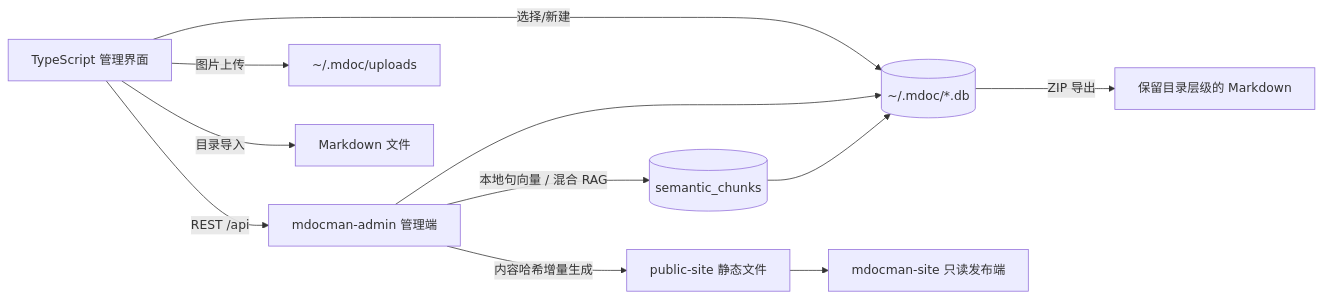
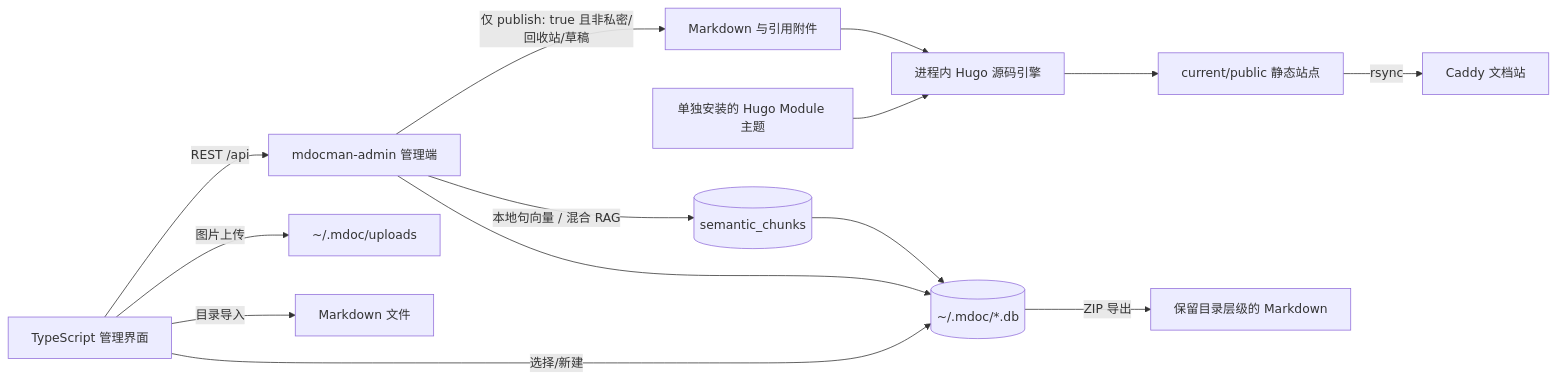
One commit to raoqu/mdoc changed the first of 2 diagrams in docs/architecture.md. Above: the diagram before and after it, drawn with Mermaid. The commit also changed other lines of this file and 672 other files, not shown here.

````diff
--- a/docs/architecture.md
+++ b/docs/architecture.md
@@ -5,13 +5,16 @@
 ```mermaid
 flowchart LR
     UI[TypeScript 管理界面] -->|REST /api| Admin[mdocman-admin 管理端]
     UI -->|选择/新建| Registry[(~/.mdoc/*.db)]
     Admin --> Registry
     Admin -->|本地句向量 / 混合 RAG| Semantic[(semantic_chunks)]
     Semantic --> Registry
     UI -->|图片上传| Assets[~/.mdoc/uploads]
-    Admin -->|内容哈希增量生成| Static[public-site 静态文件]
-    Static --> Site[mdocman-site 只读发布端]
+    Admin -->|仅 publish: true 且非私密/回收站/草稿| Projection[Markdown 与引用附件]
+    Themes[单独安装的 Hugo Module 主题] --> Hugo[进程内 Hugo 源码引擎]
+    Projection --> Hugo
+    Hugo --> Static[current/public 静态站点]
+    Static -->|rsync| Site[Caddy 文档站]
     UI -->|目录导入| Import[Markdown 文件]
     Registry -->|ZIP 导出| Export[保留目录层级的 Markdown]
 ```
````
